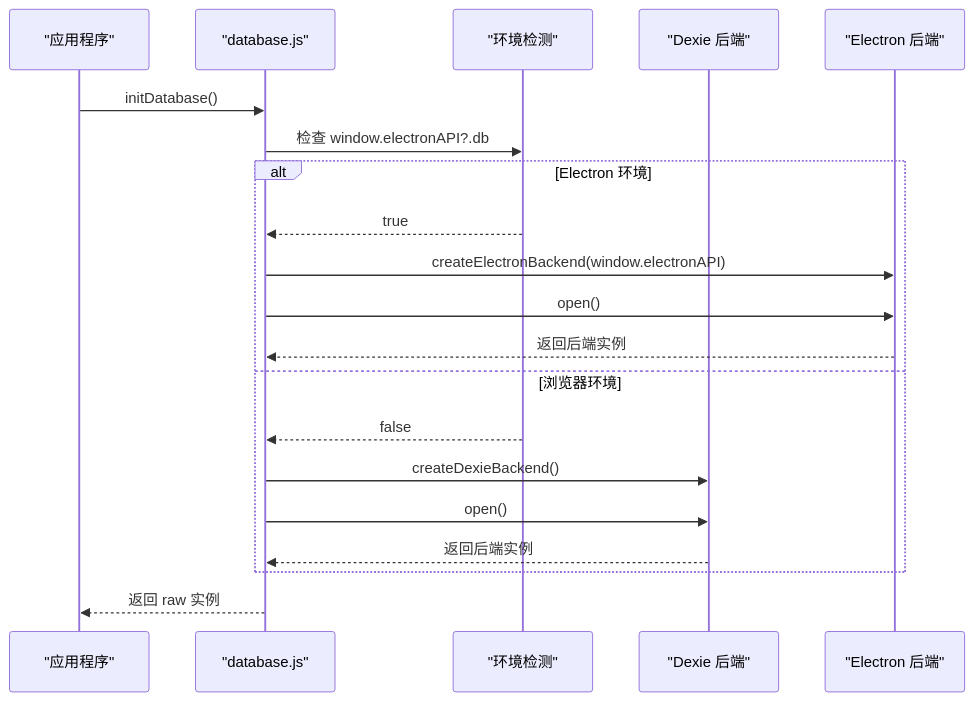
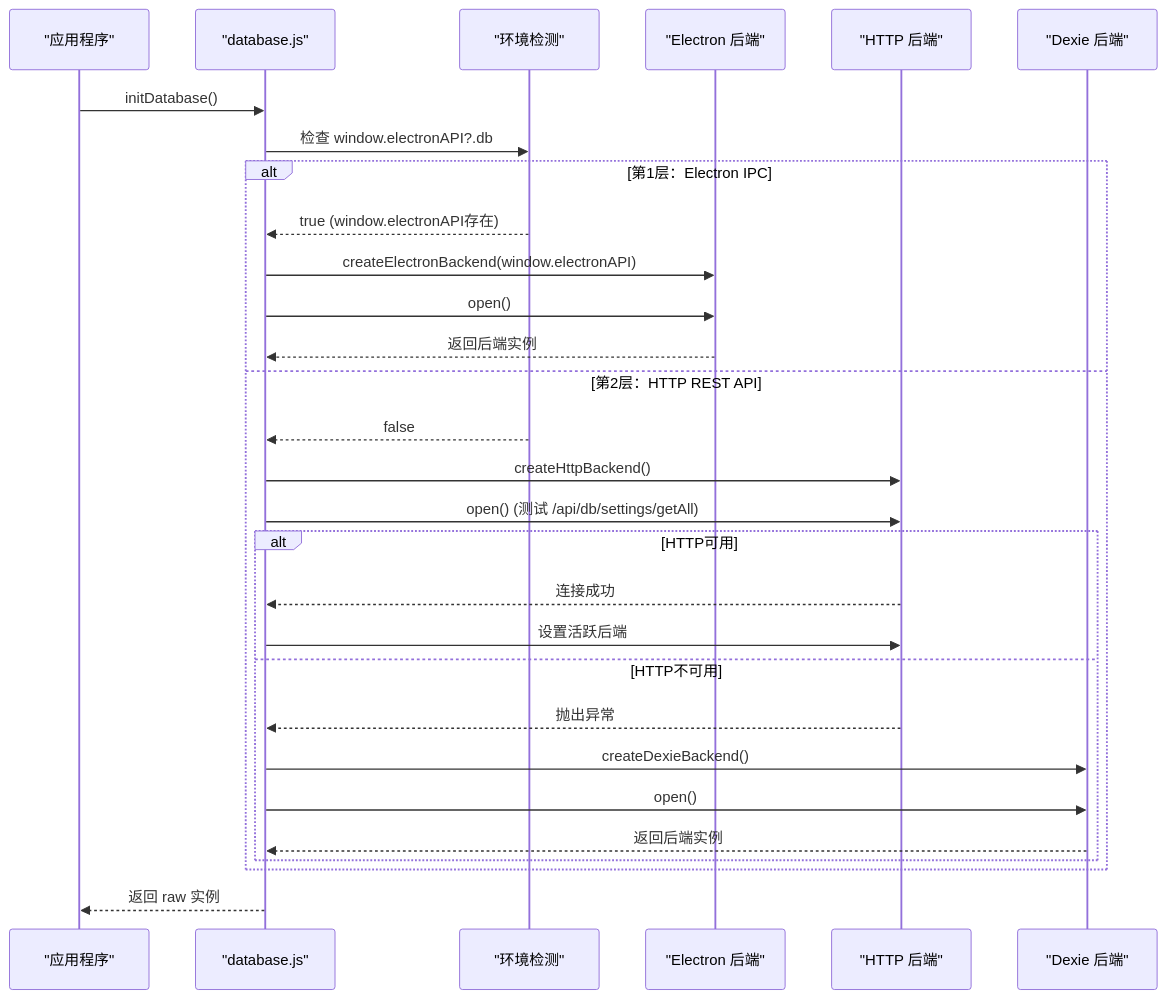
The second of 10 diagrams in .qoder/repowiki/zh/content/架构设计/数据流设计/数据库持久化.md (AlbusWei/AI-Image-Studio), drawn with Mermaid before and after one commit. The commit also changed other lines of this file and 26 other files, not shown here.

First line of the commit message:
fix: 修复 Electron 模式下 Gallery 无法显示图片的 3 个断裂点

````diff
--- a/.qoder/repowiki/zh/content/架构设计/数据流设计/数据库持久化.md
+++ b/.qoder/repowiki/zh/content/架构设计/数据流设计/数据库持久化.md
@@ -124,22 +137,31 @@
 ```mermaid
 sequenceDiagram
 participant App as "应用程序"
 participant Facade as "database.js"
 participant Env as "环境检测"
+participant Electron as "Electron 后端"
+participant Http as "HTTP 后端"
 participant Dexie as "Dexie 后端"
-participant Electron as "Electron 后端"
 App->>Facade : initDatabase()
 Facade->>Env : 检查 window.electronAPI?.db
-alt Electron 环境
-Env-->>Facade : true
+alt 第1层：Electron IPC
+Env-->>Facade : true (window.electronAPI存在)
 Facade->>Electron : createElectronBackend(window.electronAPI)
 Facade->>Electron : open()
 Electron-->>Facade : 返回后端实例
-else 浏览器环境
+else 第2层：HTTP REST API
 Env-->>Facade : false
+Facade->>Http : createHttpBackend()
+Facade->>Http : open() (测试 /api/db/settings/getAll)
+alt HTTP可用
+Http-->>Facade : 连接成功
+Facade->>Http : 设置活跃后端
+else HTTP不可用
+Http-->>Facade : 抛出异常
 Facade->>Dexie : createDexieBackend()
 Facade->>Dexie : open()
 Dexie-->>Facade : 返回后端实例
 end
+end
 Facade-->>App : 返回 raw 实例
 ```
````
